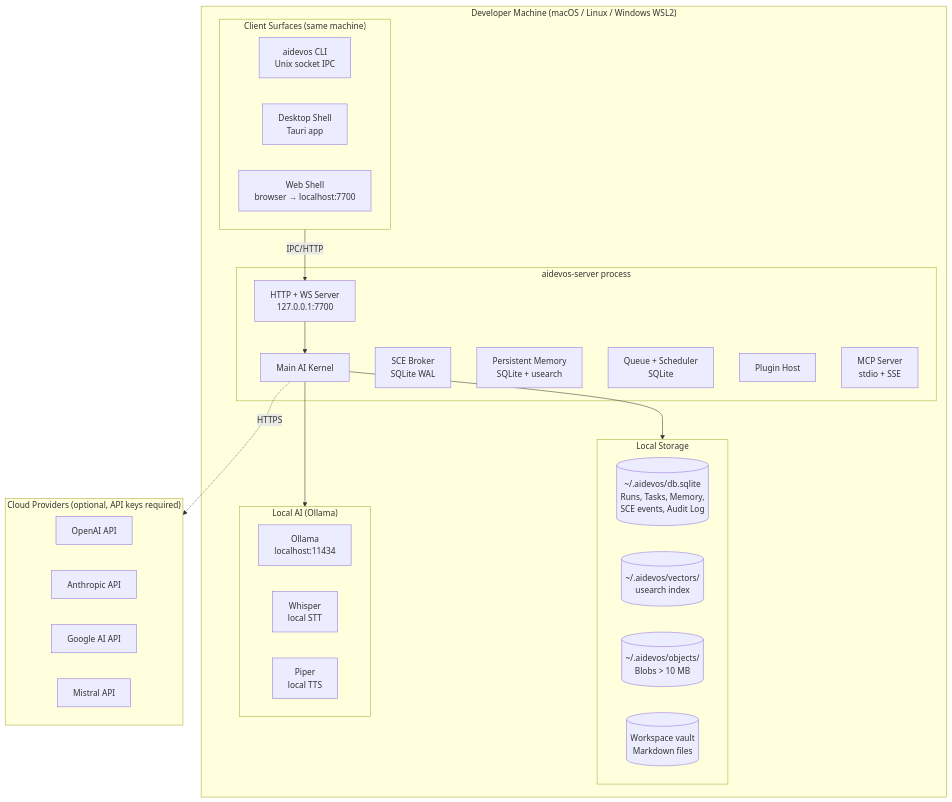
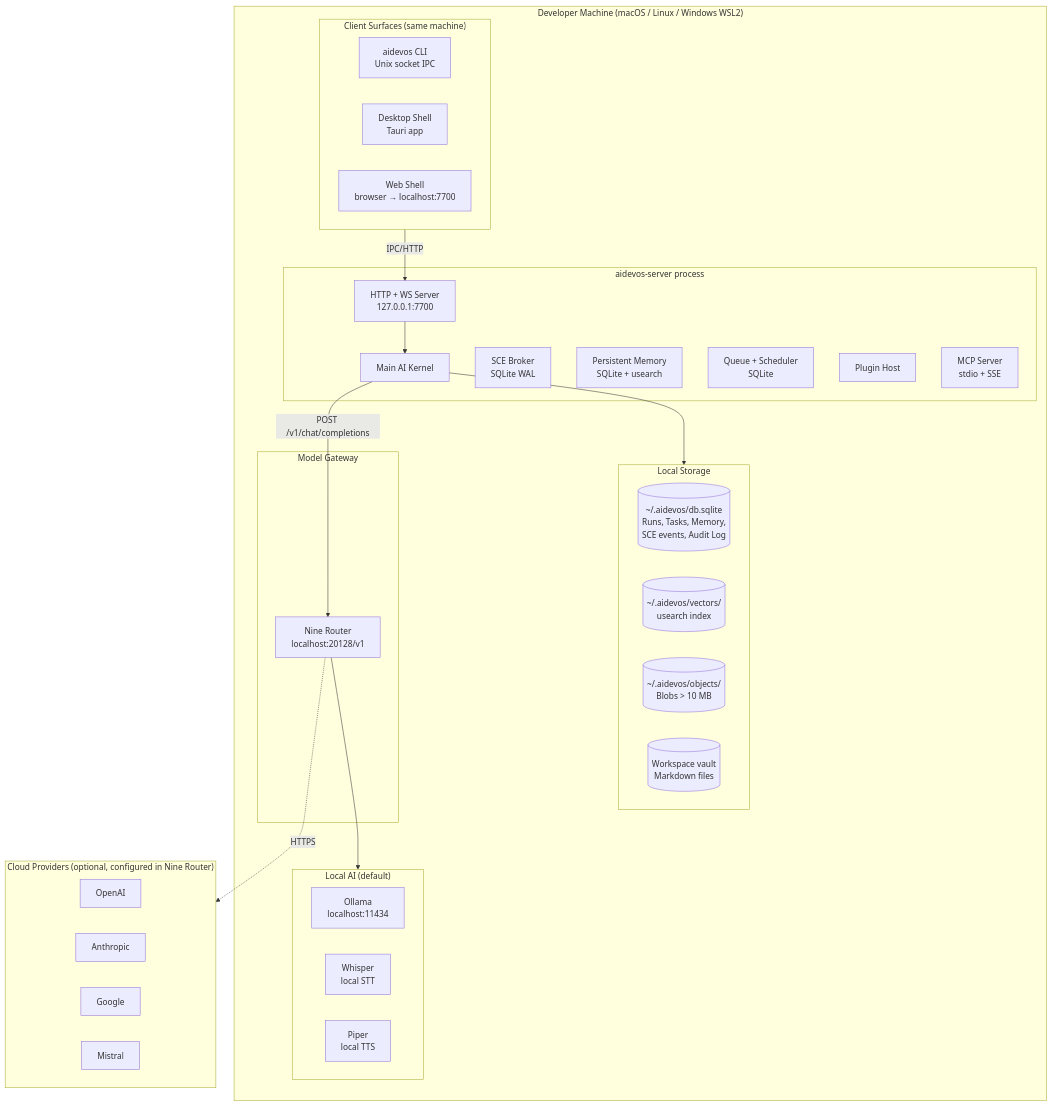
Before and after one commit to User-me-ex/ai-dev-docs-hub: the first of 3 diagrams in diagrams/DEPLOYMENT_TOPOLOGY.md, drawn with Mermaid. The commit also changed other lines of this file and 19 other files, not shown here.

First line of the commit message:
fix(P0/P1): resolve remaining architecture findings

````diff
--- a/diagrams/DEPLOYMENT_TOPOLOGY.md
+++ b/diagrams/DEPLOYMENT_TOPOLOGY.md
@@ -9,48 +9,53 @@
 ```mermaid
 flowchart TB
   subgraph DEV_MACHINE["Developer Machine (macOS / Linux / Windows WSL2)"]
 
     subgraph PROCESS["aidevos-server process"]
       KERNEL[Main AI Kernel]
       SCE_SVC[SCE Broker\nSQLite WAL]
       MEM_SVC[Persistent Memory\nSQLite + usearch]
       QUEUE_SVC[Queue + Scheduler\nSQLite]
       PLUGIN_HOST[Plugin Host]
       MCP_SRV[MCP Server\nstdio + SSE]
       HTTP_SRV[HTTP + WS Server\n127.0.0.1:7700]
     end
 
     subgraph STORAGE["Local Storage"]
       SQLITE_DB[("~/.aidevos/db.sqlite\nRuns, Tasks, Memory,\nSCE events, Audit Log")]
       VEC_IDX[("~/.aidevos/vectors/\nusearch index")]
       OBJ_STORE[("~/.aidevos/objects/\nBlobs > 10 MB")]
       VAULT[("Workspace vault\nMarkdown files")]
     end
 
-    subgraph LOCAL_MODELS["Local AI (Ollama)"]
+    subgraph GATEWAY["Model Gateway"]
+      NR[Nine Router\nlocalhost:20128/v1]
+    end
+
+    subgraph LOCAL_MODELS["Local AI (default)"]
       OLLAMA[Ollama\nlocalhost:11434]
       WHISPER[Whisper\nlocal STT]
       PIPER[Piper\nlocal TTS]
     end
 
     subgraph CLIENTS["Client Surfaces (same machine)"]
       CLI[aidevos CLI\nUnix socket IPC]
       DESKTOP[Desktop Shell\nTauri app]
       WEB_LOCAL[Web Shell\nbrowser → localhost:7700]
     end
 
     CLIENTS -- IPC/HTTP --> HTTP_SRV
     HTTP_SRV --> KERNEL
-    KERNEL --> LOCAL_MODELS
+    KERNEL -->|"POST /v1/chat/completions"| NR
+    NR --> LOCAL_MODELS
     KERNEL --> STORAGE
   end
 
-  subgraph CLOUD_OPT["Cloud Providers (optional, API keys required)"]
-    OAI[OpenAI API]
-    ANT[Anthropic API]
-    GOO[Google AI API]
-    MIS[Mistral API]
+  subgraph CLOUD_OPT["Cloud Providers (optional, configured in Nine Router)"]
+    OAI[OpenAI]
+    ANT[Anthropic]
+    GOO[Google]
+    MIS[Mistral]
   end
 
-  KERNEL -. HTTPS .-> CLOUD_OPT
+  NR -. HTTPS .-> CLOUD_OPT
 ```
````
